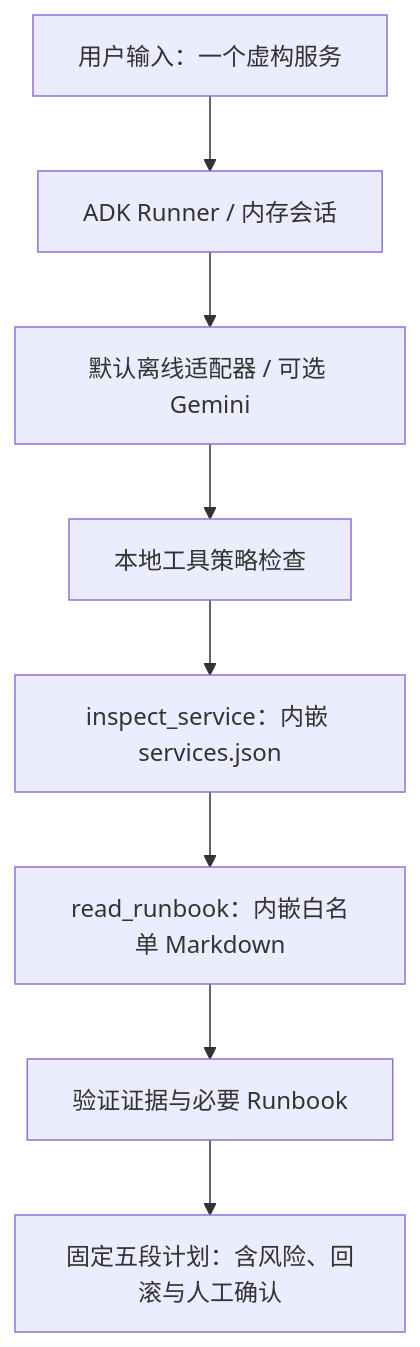
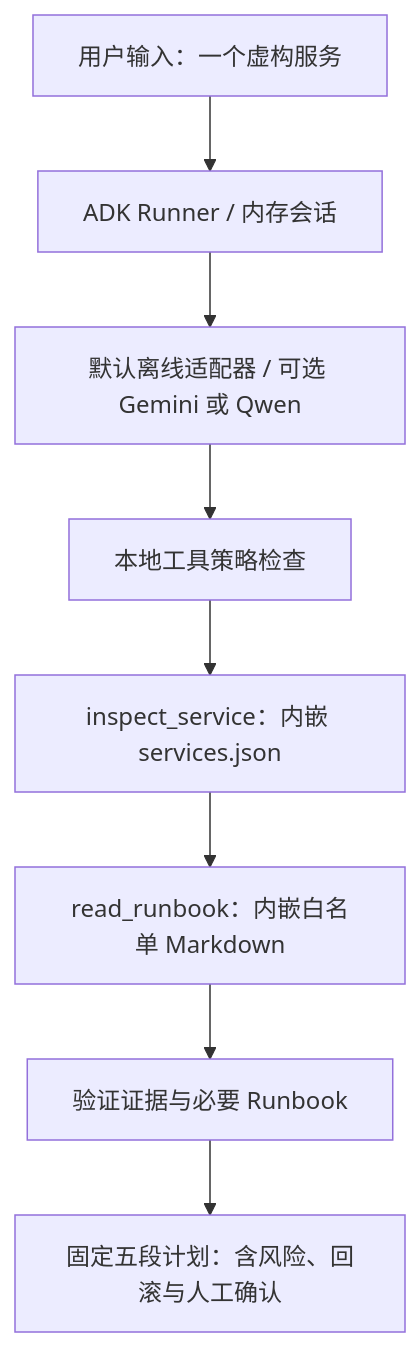
One commit to Yao990x16/adk-go-safe-change-plan-demo changed the diagram in README.md. Above: the diagram before and after it, drawn with Mermaid. The commit also changed other lines of this file and 8 other files, not shown here.

````diff
--- a/README.md
+++ b/README.md
@@ -30,10 +30,10 @@
 ```mermaid
 flowchart TD
     U[用户输入：一个虚构服务] --> R[ADK Runner / 内存会话]
-    R --> M[默认离线适配器 / 可选 Gemini]
+    R --> M[默认离线适配器 / 可选 Gemini 或 Qwen]
     M --> G[本地工具策略检查]
     G --> I[inspect_service：内嵌 services.json]
     I --> B[read_runbook：内嵌白名单 Markdown]
     B --> E[验证证据与必要 Runbook]
     E --> P[固定五段计划：含风险、回滚与人工确认]
 ```
````
